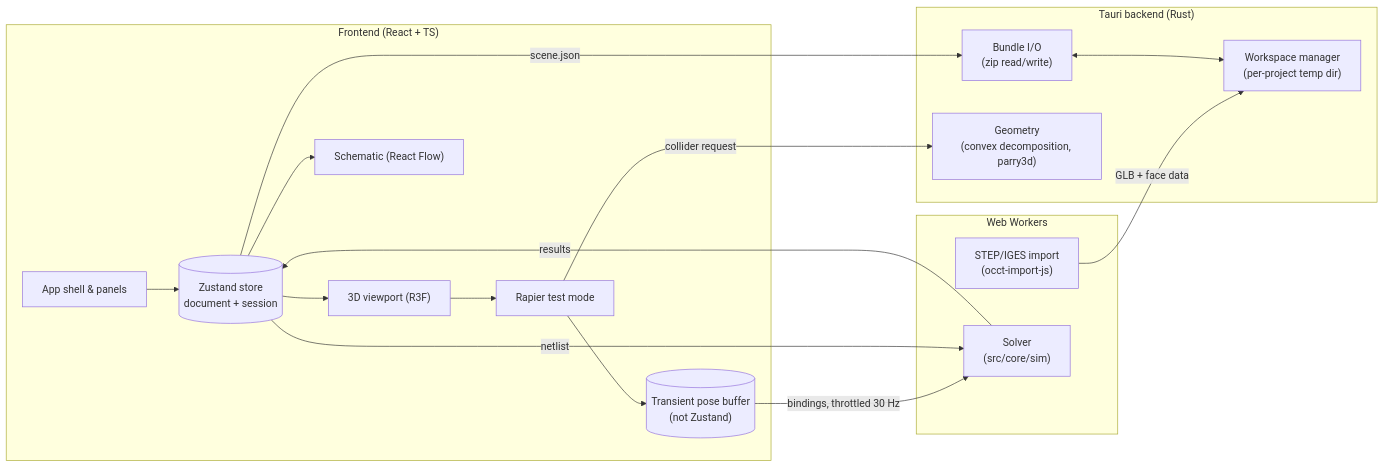
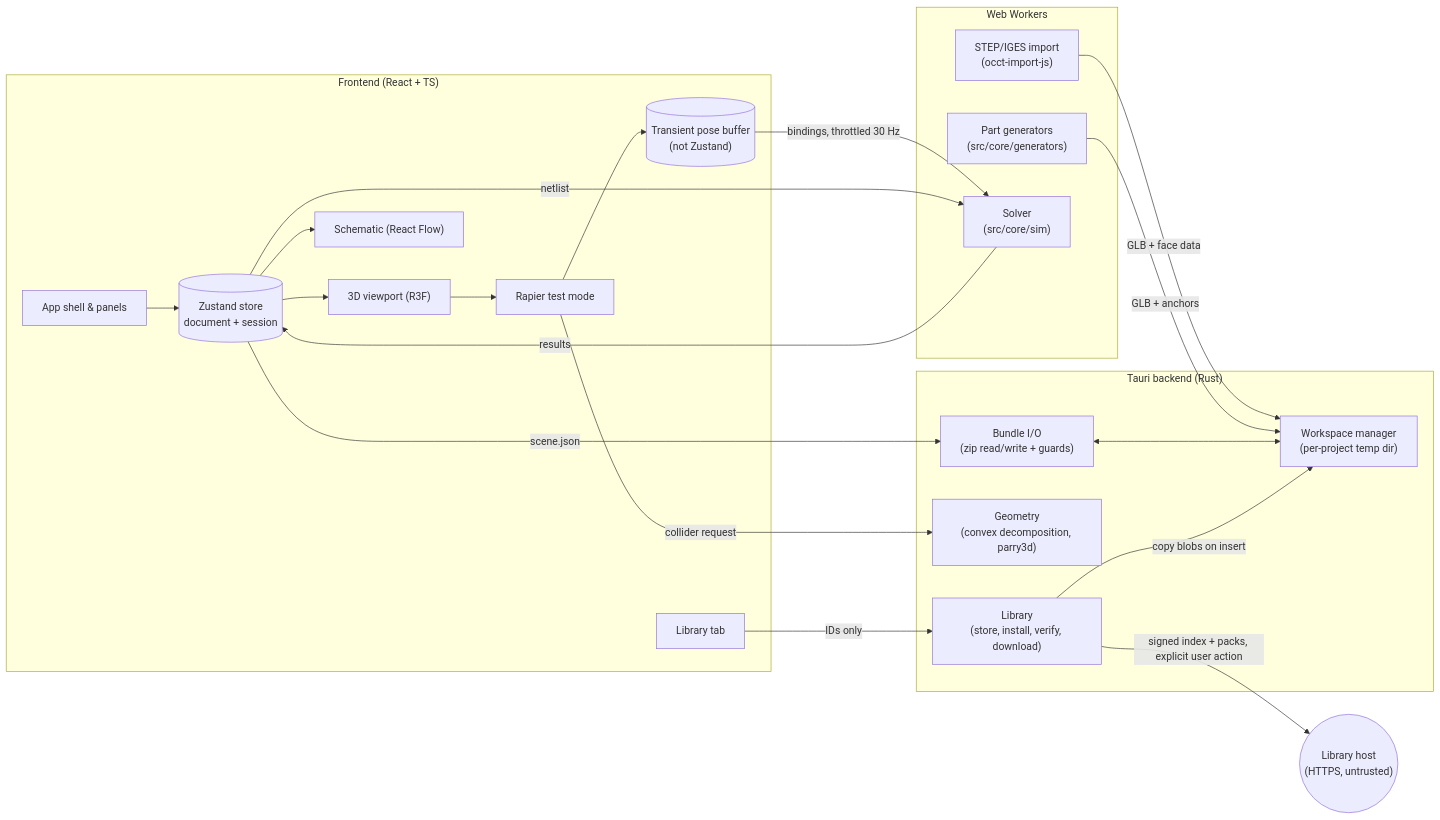
One commit to bmisho/StudioVD changed the diagram in PLAN.md. Above: the diagram before and after it, drawn with Mermaid. The commit also changed other lines of this file and 12 other files, not shown here.

````diff
--- a/PLAN.md
+++ b/PLAN.md
@@ -32,32 +37,40 @@
 ```mermaid
 flowchart LR
   subgraph RUST["Tauri backend (Rust)"]
     WS["Workspace manager<br/>(per-project temp dir)"]
-    BUN["Bundle I/O<br/>(zip read/write)"]
+    BUN["Bundle I/O<br/>(zip read/write + guards)"]
     GEO["Geometry<br/>(convex decomposition, parry3d)"]
+    LIB["Library<br/>(store, install, verify, download)"]
   end
   subgraph FE["Frontend (React + TS)"]
     SHELL["App shell & panels"]
     STORE[("Zustand store<br/>document + session")]
     VP["3D viewport (R3F)"]
     PHY["Rapier test mode"]
     TR[("Transient pose buffer<br/>(not Zustand)")]
     SCH["Schematic (React Flow)"]
+    LTAB["Library tab"]
   end
   subgraph WK["Web Workers"]
     IMP["STEP/IGES import<br/>(occt-import-js)"]
+    GEN["Part generators<br/>(src/core/generators)"]
     SIM["Solver<br/>(src/core/sim)"]
   end
+  NET(("Library host<br/>(HTTPS, untrusted)"))
   SHELL --> STORE
   STORE --> VP
   STORE --> SCH
   VP --> PHY
   PHY --> TR
   TR -->|"bindings, throttled 30 Hz"| SIM
   STORE -->|"netlist"| SIM
   SIM -->|"results"| STORE
   IMP -->|"GLB + face data"| WS
+  GEN -->|"GLB + anchors"| WS
   STORE -->|"scene.json"| BUN
   BUN <--> WS
   PHY -->|"collider request"| GEO
+  LTAB -->|"IDs only"| LIB
+  LIB -->|"copy blobs on insert"| WS
+  LIB -->|"signed index + packs, explicit user action"| NET
 ```
````
